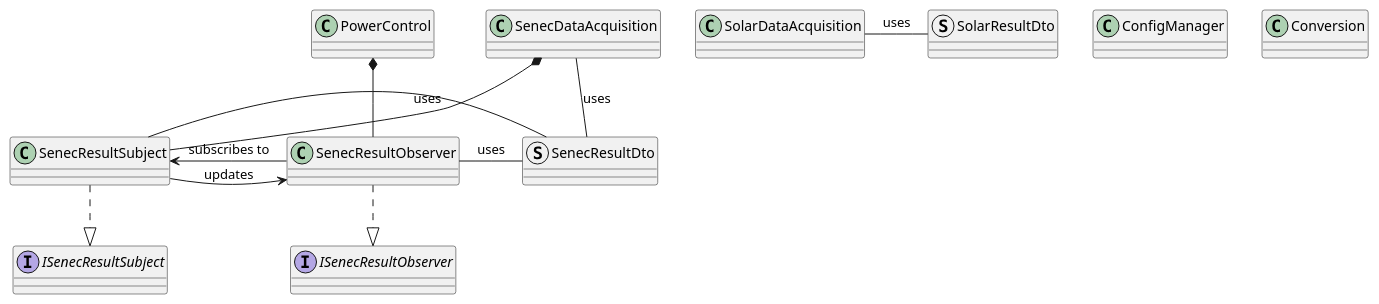
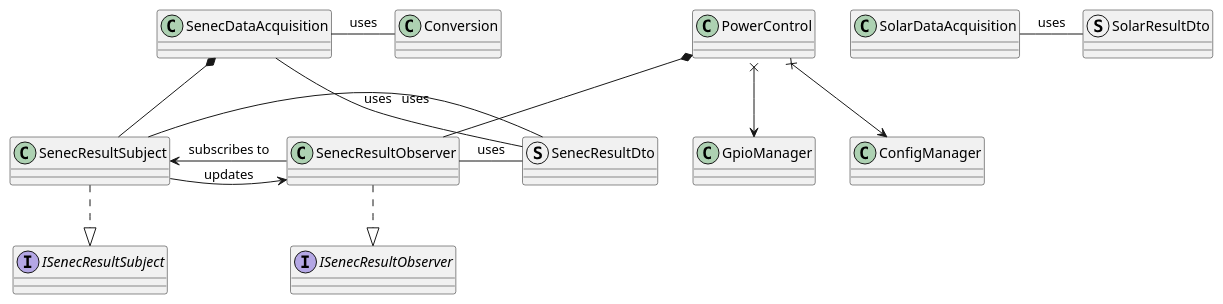
One commit to LuMoehlenkamp/sda changed the diagram in doc/sda.puml. Above: the diagram before and after it, drawn with PlantUML. The commit also changed 10 other files, not shown here.

Commit message:
added gpioManager to powerControl

```diff
--- a/doc/sda.puml
+++ b/doc/sda.puml
@@ -1,29 +1,33 @@
 @startuml SDA Klassendiagramm
 
 class SenecDataAcquisition
 Interface ISenecResultSubject
 class SenecResultSubject
 struct SenecResultDto
 class ConfigManager
 class Conversion
 class PowerControl
 Interface ISenecResultObserver
 class SenecResultObserver
 class SolarDataAcquisition
 struct SolarResultDto
+class GpioManager
 
 SenecResultSubject ..|> ISenecResultSubject
 SenecDataAcquisition  *-- SenecResultSubject
 
 SenecResultObserver ..|> ISenecResultObserver
 PowerControl *-- SenecResultObserver
+PowerControl x--> ConfigManager
+PowerControl x--> GpioManager
 
 SenecResultSubject - SenecResultDto : uses
 SenecDataAcquisition - SenecResultDto : uses
+SenecDataAcquisition - Conversion : uses
 SenecResultObserver - SenecResultDto : uses
 SenecResultSubject -> SenecResultObserver : updates
 SenecResultObserver -> SenecResultSubject : subscribes to
 
 SolarDataAcquisition - SolarResultDto : uses
 
 @enduml
```
